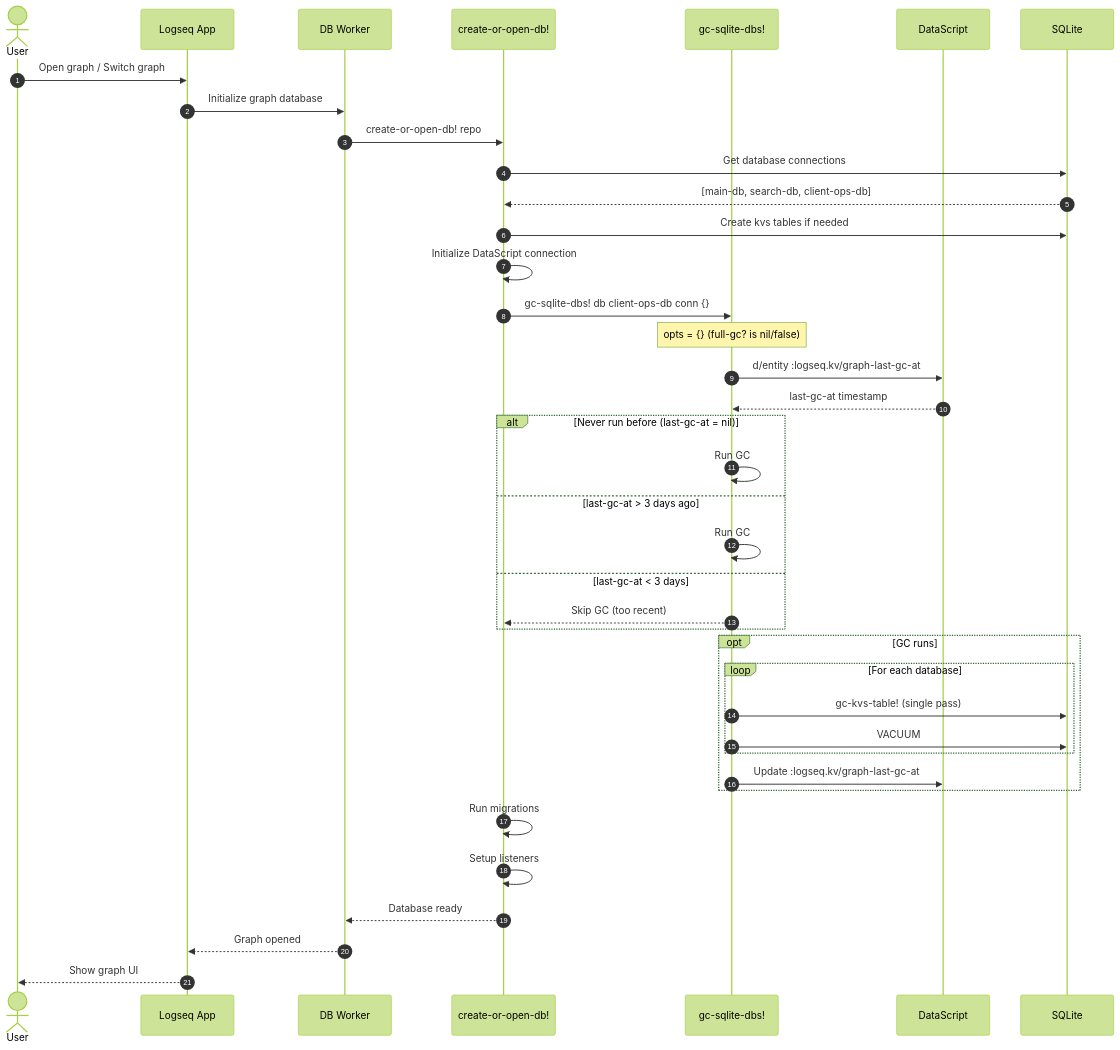
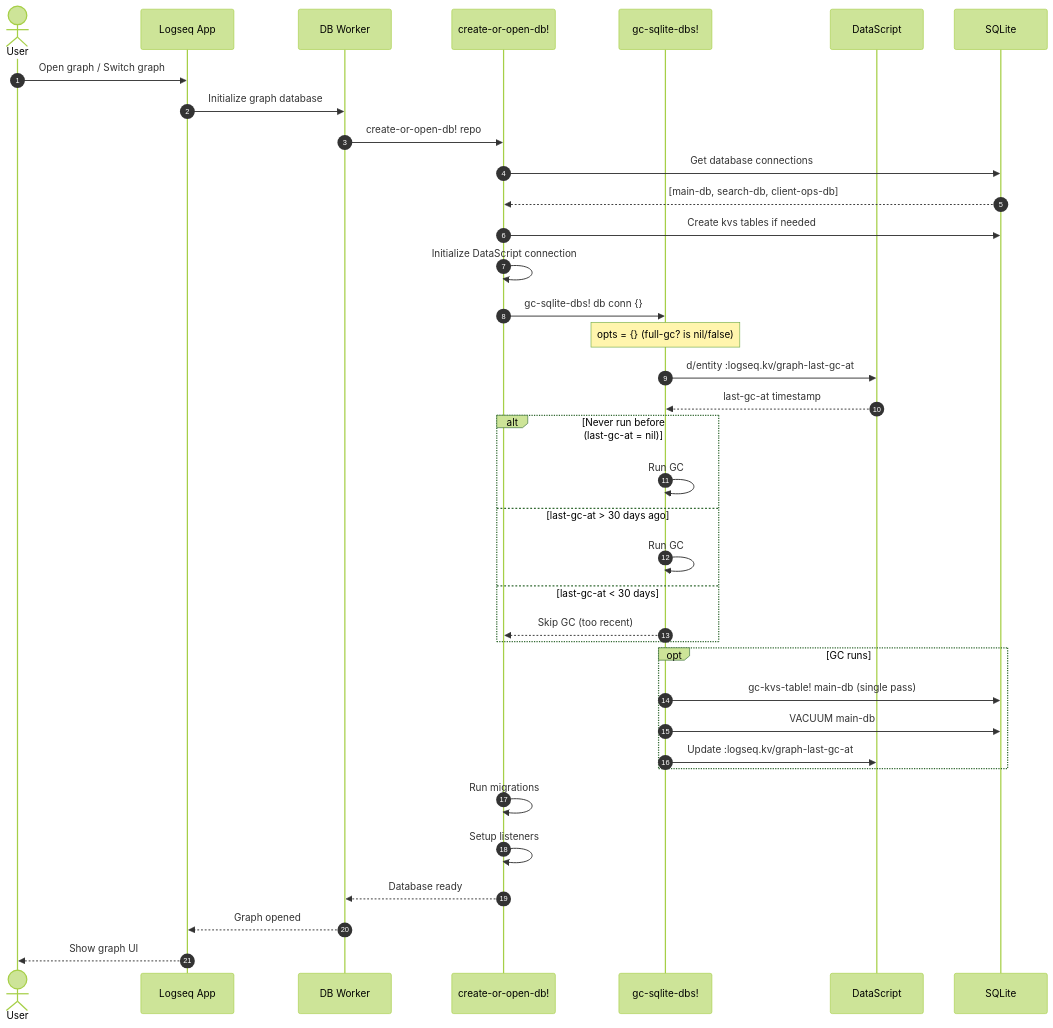
Before and after one commit to hdansou/logseq: the eighth of 9 diagrams in dz/docs/03-features/garbage-collection/developer-guide.md, drawn with Mermaid (forest theme). The commit also changed other lines of this file and 140 other files, not shown here.

````diff
--- a/dz/docs/03-features/garbage-collection/developer-guide.md
+++ b/dz/docs/03-features/garbage-collection/developer-guide.md
@@ -1311,49 +1294,47 @@
 ```mermaid
 sequenceDiagram
     autonumber
     actor User
     participant App as Logseq App
     participant Worker as DB Worker
     participant DB as create-or-open-db!
     participant GC as gc-sqlite-dbs!
     participant Meta as DataScript
     participant SQLite
 
     User->>App: Open graph / Switch graph
     App->>Worker: Initialize graph database
     Worker->>DB: create-or-open-db! repo
 
     DB->>SQLite: Get database connections
     SQLite-->>DB: [main-db, search-db, client-ops-db]
 
     DB->>SQLite: Create kvs tables if needed
     DB->>DB: Initialize DataScript connection
 
-    DB->>GC: gc-sqlite-dbs! db client-ops-db conn {}
+    DB->>GC: gc-sqlite-dbs! db conn {}
     Note over GC: opts = {} (full-gc? is nil/false)
 
     GC->>Meta: d/entity :logseq.kv/graph-last-gc-at
     Meta-->>GC: last-gc-at timestamp
 
     alt Never run before (last-gc-at = nil)
         GC->>GC: Run GC
-    else last-gc-at > 3 days ago
+    else last-gc-at > 30 days ago
         GC->>GC: Run GC
-    else last-gc-at < 3 days
+    else last-gc-at < 30 days
         GC-->>DB: Skip GC (too recent)
     end
 
     opt GC runs
-        loop For each database
-            GC->>SQLite: gc-kvs-table! (single pass)
-            GC->>SQLite: VACUUM
-        end
+        GC->>SQLite: gc-kvs-table! main-db (single pass)
+        GC->>SQLite: VACUUM main-db
         GC->>Meta: Update :logseq.kv/graph-last-gc-at
     end
 
     DB->>DB: Run migrations
     DB->>DB: Setup listeners
     DB-->>Worker: Database ready
     Worker-->>App: Graph opened
     App-->>User: Show graph UI
 ```
````
